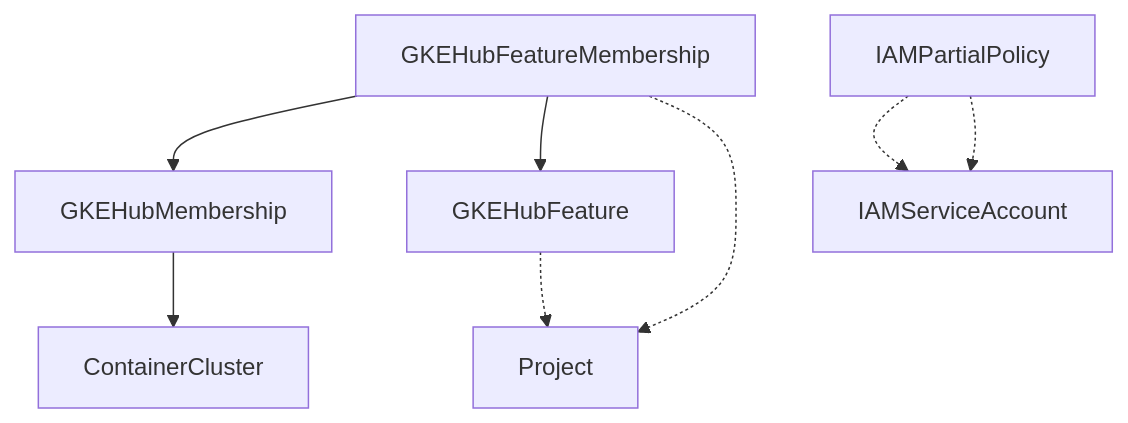
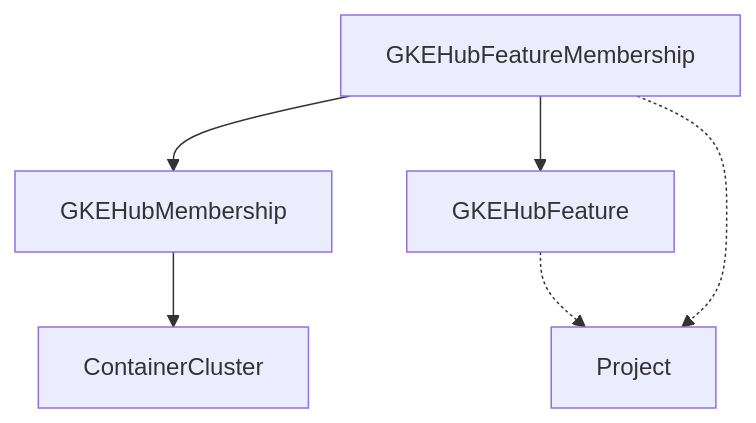
Before and after one commit to mathieu-benoit/acm-workshop: the diagram in content/gke-cluster/set-up-gke-configs-git-repo.md, drawn with Mermaid. The commit also changed other lines of this file and 4 other files, not shown here.

```diff
--- a/content/gke-cluster/set-up-gke-configs-git-repo.md
+++ b/content/gke-cluster/set-up-gke-configs-git-repo.md
@@ -173,10 +125,8 @@
 {{< mermaid >}}
 graph TD;
   GKEHubFeature-.->Project
   GKEHubFeatureMembership-->GKEHubMembership
   GKEHubFeatureMembership-->GKEHubFeature
   GKEHubFeatureMembership-.->Project
   GKEHubMembership-->ContainerCluster
-  IAMPartialPolicy-.->IAMServiceAccount
-  IAMPartialPolicy-.->IAMServiceAccount
 {{< /mermaid >}}
```
